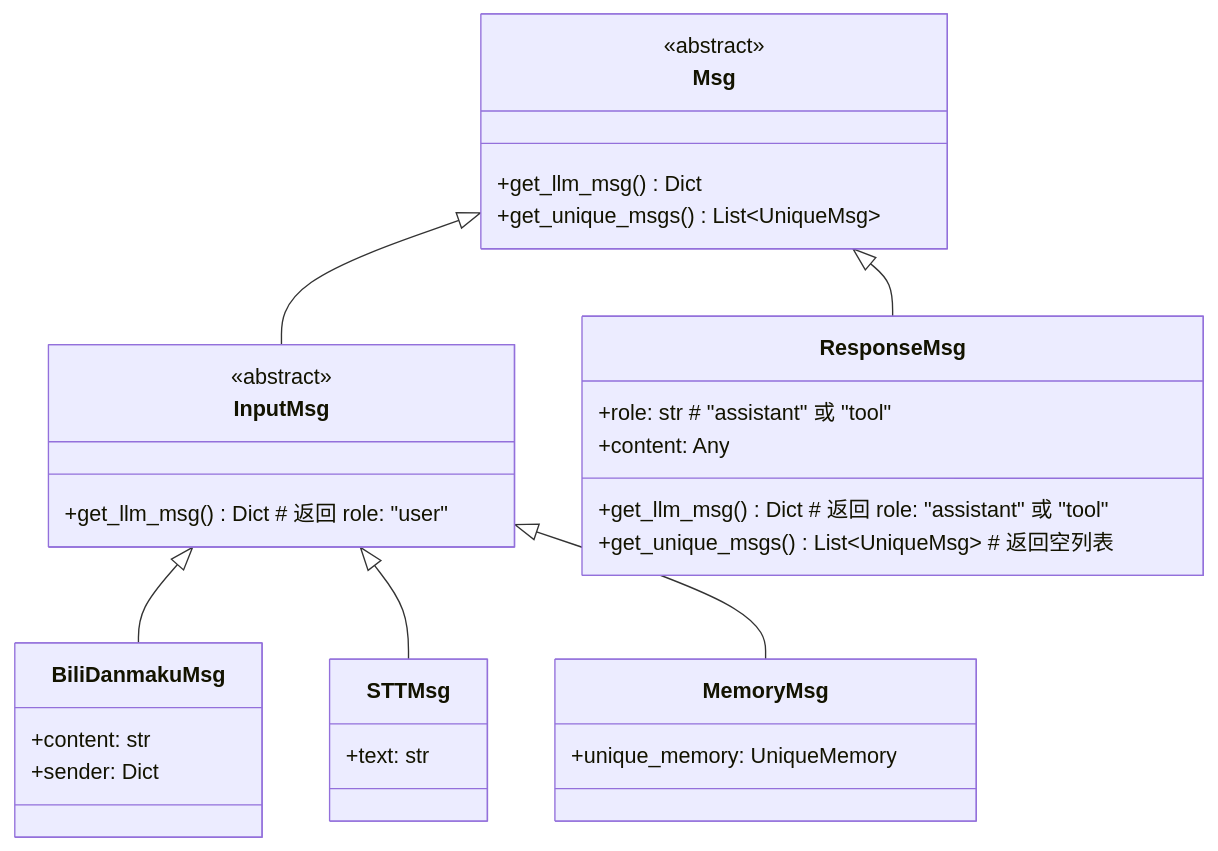
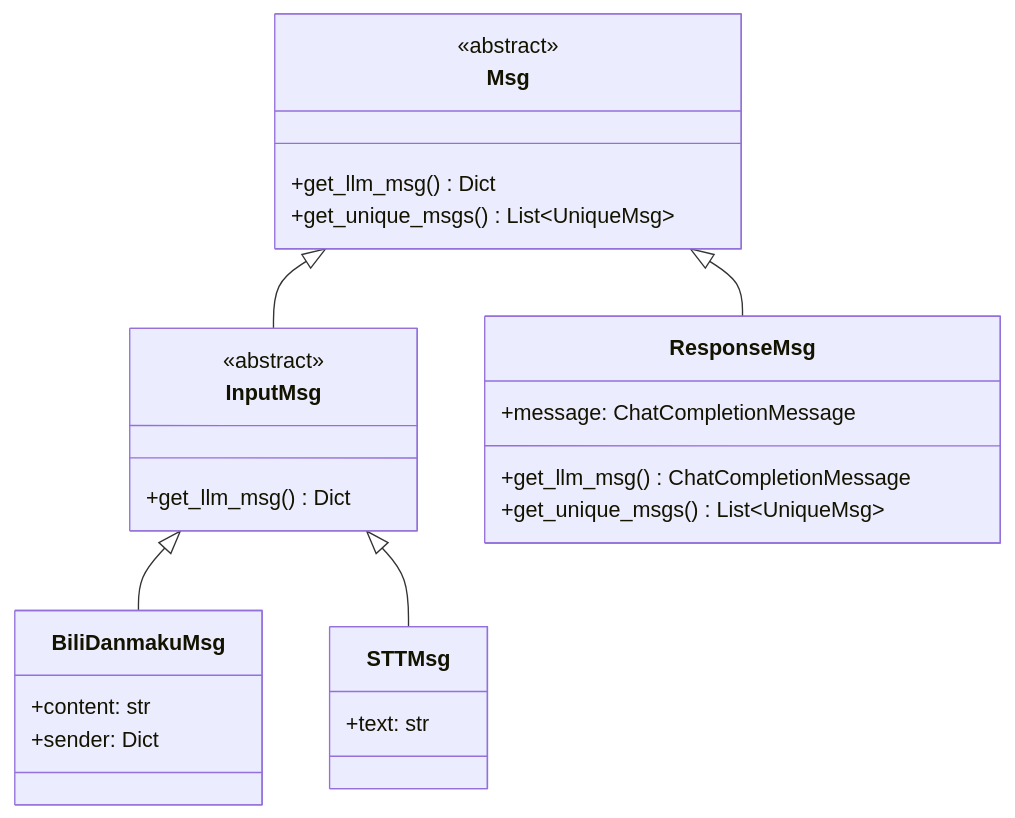
The second of 3 diagrams in plans/architecture.md (TkskKurumi/caibao-vt), drawn with Mermaid before and after one commit. The commit also changed other lines of this file and 4 other files, not shown here.

Commit message:
Revise plans md by AI; fix vts action smoothing; add llm content debug in main.

````diff
--- a/plans/architecture.md
+++ b/plans/architecture.md
@@ -165,39 +97,33 @@
 ```mermaid
 classDiagram
     class Msg {
         <<abstract>>
         +get_llm_msg() Dict
         +get_unique_msgs() List~UniqueMsg~
     }
     
     class InputMsg {
         <<abstract>>
-        +get_llm_msg() Dict  # 返回 role: "user"
+        +get_llm_msg() Dict
     }
     
     class ResponseMsg {
-        +role: str  # "assistant" 或 "tool"
-        +content: Any
-        +get_llm_msg() Dict  # 返回 role: "assistant" 或 "tool"
-        +get_unique_msgs() List~UniqueMsg~  # 返回空列表
+        +message: ChatCompletionMessage
+        +get_llm_msg() ChatCompletionMessage
+        +get_unique_msgs() List~UniqueMsg~
     }
     
     class BiliDanmakuMsg {
         +content: str
         +sender: Dict
     }
     
     class STTMsg {
         +text: str
     }
     
-    class MemoryMsg {
-        +unique_memory: UniqueMemory
-    }
-    
     Msg <|-- InputMsg
     Msg <|-- ResponseMsg
     InputMsg <|-- BiliDanmakuMsg
     InputMsg <|-- STTMsg
-    InputMsg <|-- MemoryMsg
 ```
````
